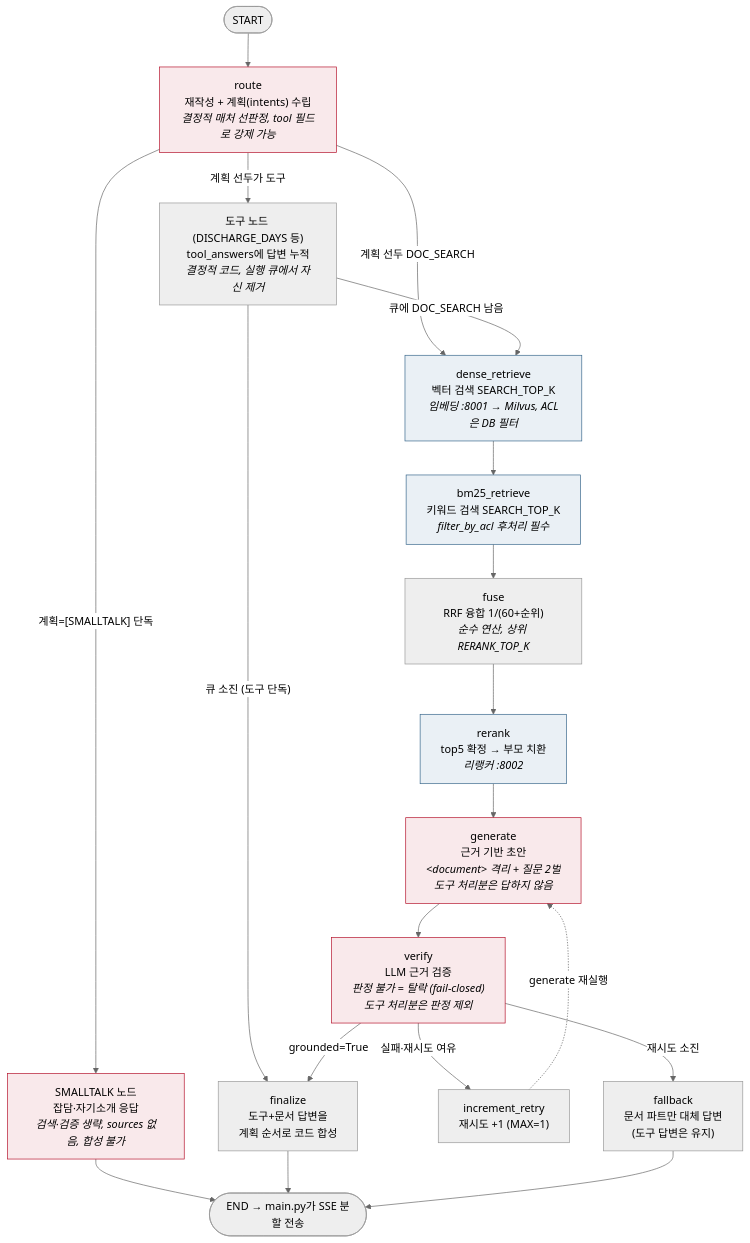
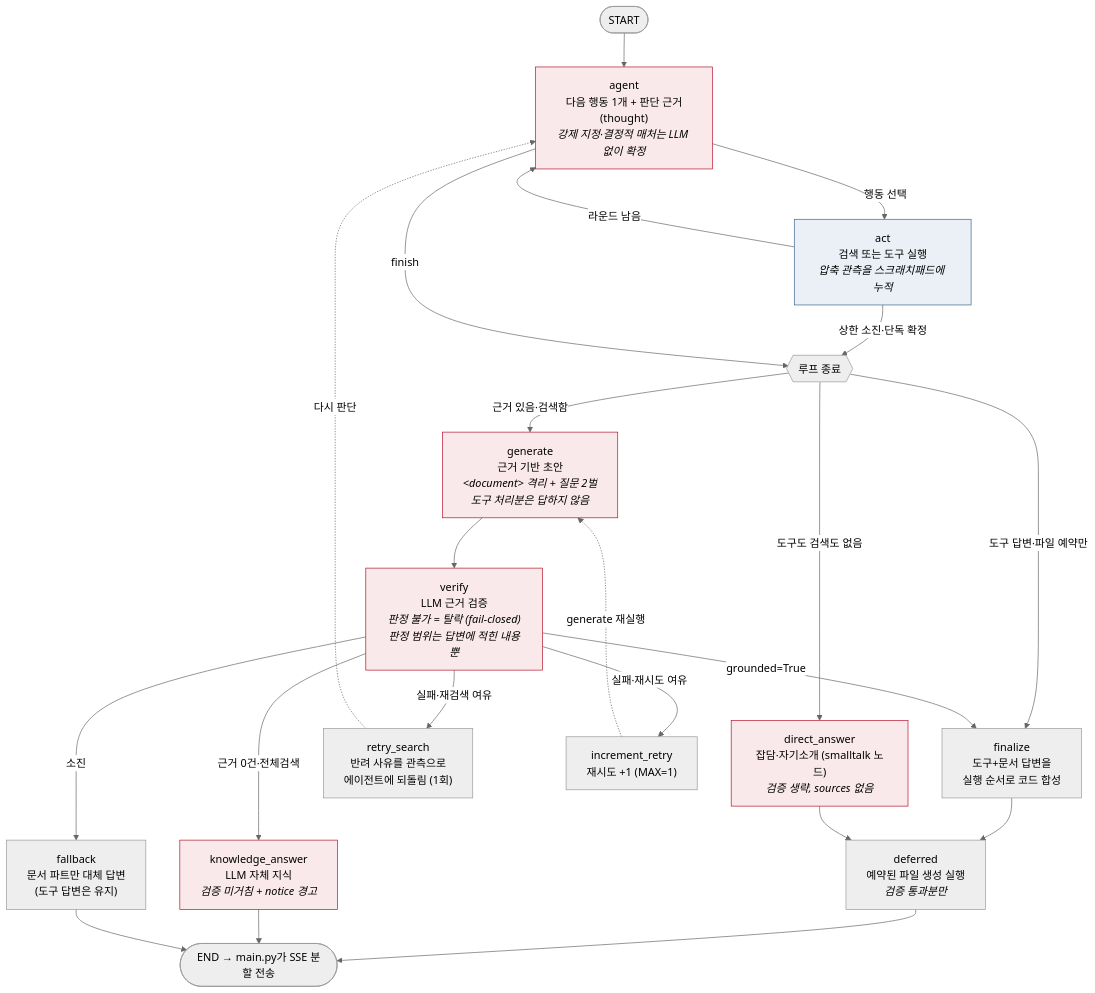
The second of 2 diagrams in docs/code_guide.md (ROKMC-AI-TF-TEAM-LLM/mars-ai-server), drawn with Mermaid (neutral theme) before and after one commit. The commit also changed other lines of this file and 34 other files, not shown here.

````diff
--- a/docs/code_guide.md
+++ b/docs/code_guide.md
@@ -303,34 +301,36 @@
 ```mermaid
 flowchart TB
-    START([START]) --> route["route<br/>재작성 + 계획(intents) 수립<br/><i>결정적 매처 선판정, tool 필드로 강제 가능</i>"]
+    START([START]) --> agent["agent<br/>다음 행동 1개 + 판단 근거(thought)<br/><i>강제 지정·결정적 매처는 LLM 없이 확정</i>"]
 
-    route -- "계획=[SMALLTALK] 단독" --> smalltalk["SMALLTALK 노드<br/>잡담·자기소개 응답<br/><i>검색·검증 생략, sources 없음, 합성 불가</i>"]
-    route -- "계획 선두가 도구" --> tool["도구 노드 (DISCHARGE_DAYS 등)<br/>tool_answers에 답변 누적<br/><i>결정적 코드, 실행 큐에서 자신 제거</i>"]
-    route -- "계획 선두 DOC_SEARCH" --> dense["dense_retrieve<br/>벡터 검색 SEARCH_TOP_K<br/><i>임베딩 :8001 → Milvus, ACL은 DB 필터</i>"]
+    agent -- "행동 선택" --> act["act<br/>검색 또는 도구 실행<br/><i>압축 관측을 스크래치패드에 누적</i>"]
+    act -- "라운드 남음" --> agent
+    act -- "상한 소진·단독 확정" --> finish{{"루프 종료"}}
+    agent -- "finish" --> finish
 
-    tool -- "큐에 DOC_SEARCH 남음" --> dense
-    tool -- "큐 소진 (도구 단독)" --> finalize
+    finish -- "근거 있음·검색함" --> generate["generate<br/>근거 기반 초안<br/><i>&lt;document&gt; 격리 + 질문 2벌<br/>도구 처리분은 답하지 않음</i>"]
+    finish -- "도구 답변·파일 예약만" --> finalize
+    finish -- "도구도 검색도 없음" --> direct["direct_answer<br/>잡담·자기소개 (smalltalk 노드)<br/><i>검증 생략, sources 없음</i>"]
 
-    dense --> bm25["bm25_retrieve<br/>키워드 검색 SEARCH_TOP_K<br/><i>filter_by_acl 후처리 필수</i>"]
-    bm25 --> fuse["fuse<br/>RRF 융합 1/(60+순위)<br/><i>순수 연산, 상위 RERANK_TOP_K</i>"]
-    fuse --> rerank["rerank<br/>top5 확정 → 부모 치환<br/><i>리랭커 :8002</i>"]
-    rerank --> generate["generate<br/>근거 기반 초안<br/><i>&lt;document&gt; 격리 + 질문 2벌<br/>도구 처리분은 답하지 않음</i>"]
-    generate --> verify["verify<br/>LLM 근거 검증<br/><i>판정 불가 = 탈락 (fail-closed)<br/>도구 처리분은 판정 제외</i>"]
+    generate --> verify["verify<br/>LLM 근거 검증<br/><i>판정 불가 = 탈락 (fail-closed)<br/>판정 범위는 답변에 적힌 내용뿐</i>"]
 
-    verify -- "grounded=True" --> finalize["finalize<br/>도구+문서 답변을<br/>계획 순서로 코드 합성"]
+    verify -- "grounded=True" --> finalize["finalize<br/>도구+문서 답변을<br/>실행 순서로 코드 합성"]
+    verify -- "실패·재검색 여유" --> research["retry_search<br/>반려 사유를 관측으로<br/>에이전트에 되돌림 (1회)"]
     verify -- "실패·재시도 여유" --> retry["increment_retry<br/>재시도 +1 (MAX=1)"]
-    verify -- "재시도 소진" --> fallback["fallback<br/>문서 파트만 대체 답변<br/>(도구 답변은 유지)"]
+    verify -- "근거 0건·전체검색" --> knowledge["knowledge_answer<br/>LLM 자체 지식<br/><i>검증 미거침 + notice 경고</i>"]
+    verify -- "소진" --> fallback["fallback<br/>문서 파트만 대체 답변<br/>(도구 답변은 유지)"]
+    research -. "다시 판단" .-> agent
     retry -. "generate 재실행" .-> generate
 
-    smalltalk --> DONE
-    finalize --> DONE
-    fallback --> DONE([END → main.py가 SSE 분할 전송])
+    finalize --> deferred["deferred<br/>예약된 파일 생성 실행<br/><i>검증 통과분만</i>"]
+    direct --> deferred
+    deferred --> DONE([END → main.py가 SSE 분할 전송])
+    knowledge --> DONE
+    fallback --> DONE
 
-    style route fill:#f9e9eb,stroke:#b5122b
-    style smalltalk fill:#f9e9eb,stroke:#b5122b
+    style agent fill:#f9e9eb,stroke:#b5122b
+    style direct fill:#f9e9eb,stroke:#b5122b
     style generate fill:#f9e9eb,stroke:#b5122b
     style verify fill:#f9e9eb,stroke:#b5122b
-    style dense fill:#eaf0f5,stroke:#38678c
-    style bm25 fill:#eaf0f5,stroke:#38678c
-    style rerank fill:#eaf0f5,stroke:#38678c
+    style knowledge fill:#f9e9eb,stroke:#b5122b
+    style act fill:#eaf0f5,stroke:#38678c
 ```
````
